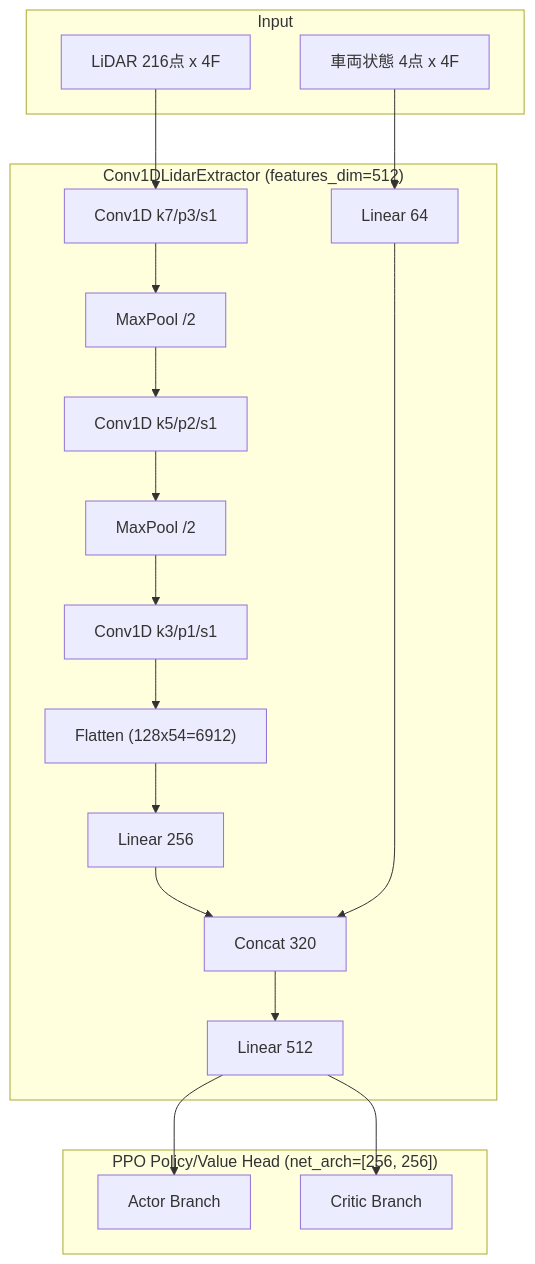
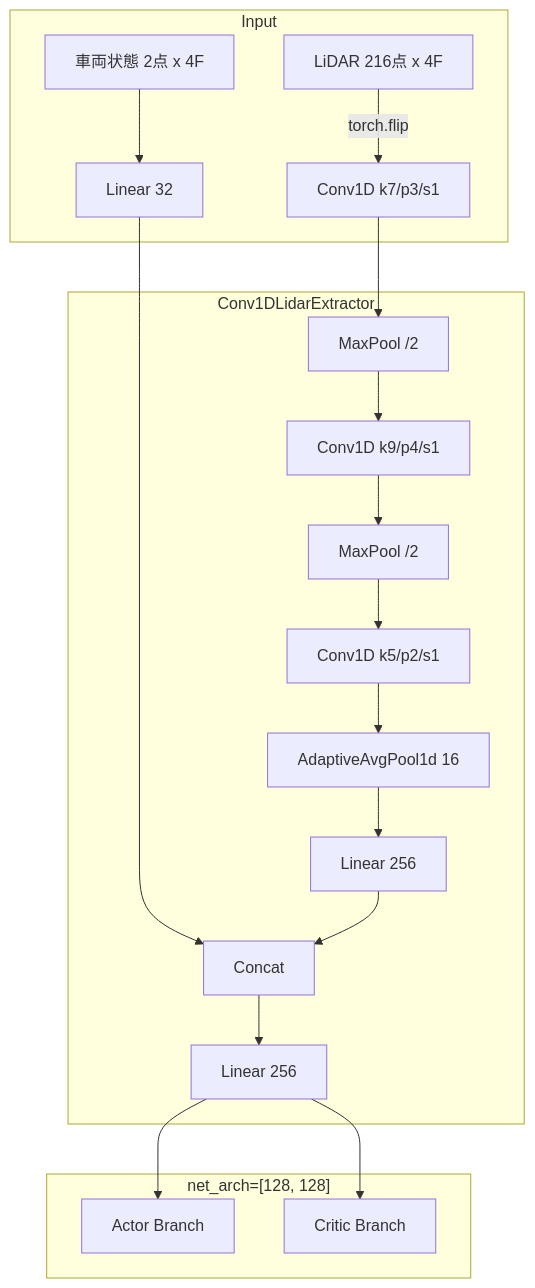
One commit to 775yuta-droid/f1tenth-rl-project changed the diagram in development-plan.md. Above: the diagram before and after it, drawn with Mermaid. The commit also changed other lines of this file and 2 other files, not shown here.

````diff
--- a/development-plan.md
+++ b/development-plan.md
@@ -115,26 +68,22 @@
 ```mermaid
 graph TD
     subgraph Input
-        L[LiDAR 216点 x 4F]
-        S[車両状態 4点 x 4F]
+        L[LiDAR 216点 x 4F] -- torch.flip --> C1
+        S[車両状態 2点 x 4F] --> SFC
     end
 
-    subgraph FeatureExtractor["Conv1DLidarExtractor (features_dim=512)"]
-        L --> C1[Conv1D k7/p3/s1] --> M1[MaxPool /2]
-        M1 --> C2[Conv1D k5/p2/s1] --> M2[MaxPool /2]
-        M2 --> C3[Conv1D k3/p1/s1]
-        C3 --> FL["Flatten (128x54=6912)"]
-        FL --> LFC[Linear 256]
-
-        S --> SFC[Linear 64]
-
-        LFC --> CAT[Concat 320]
-        SFC --> CAT
-        CAT --> OFC[Linear 512]
+    subgraph ConvBlock["Conv1DLidarExtractor"]
+        C1[Conv1D k7/p3/s1] --> M1[MaxPool /2]
+        M1 --> C2[Conv1D k9/p4/s1] --> M2[MaxPool /2]
+        M2 --> C3[Conv1D k5/p2/s1] --> GAP[AdaptiveAvgPool1d 16]
+        GAP --> LFC[Linear 256]
+        SFC[Linear 32] --> CAT
+        LFC --> CAT[Concat]
+        CAT --> OFC[Linear 256]
     end
 
-    subgraph PPOHead["PPO Policy/Value Head (net_arch=[256, 256])"]
+    subgraph PPOHead["net_arch=[128, 128]"]
         OFC --> P[Actor Branch]
         OFC --> V[Critic Branch]
     end
 ```
````
